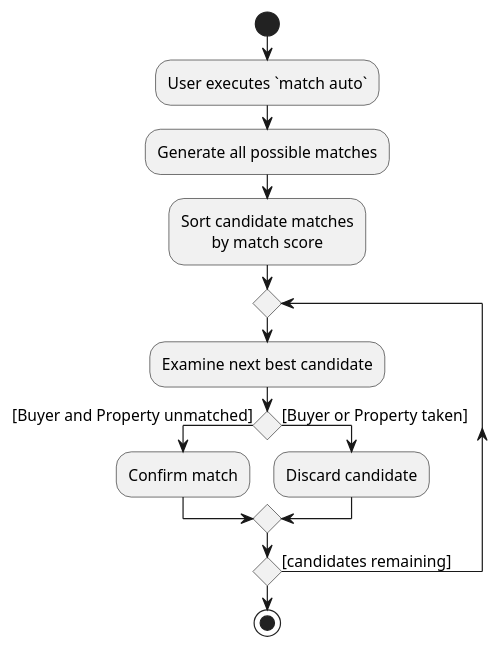
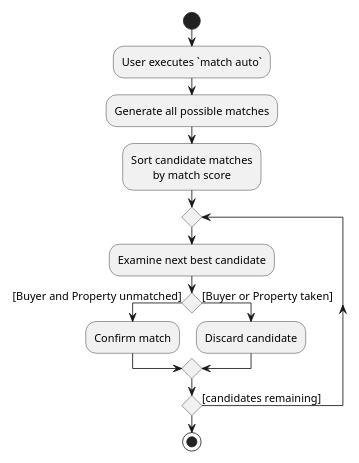
One commit to waynetee/tp changed the diagram in docs/diagrams/MatchAutoActivityDiagram.puml. Above: the diagram before and after it, drawn with PlantUML. The commit also changed 1 other file, not shown here.

```diff
--- a/docs/diagrams/MatchAutoActivityDiagram.puml
+++ b/docs/diagrams/MatchAutoActivityDiagram.puml
@@ -1,19 +1,20 @@
 @startuml
 skinparam defaultTextAlignment center
 skinparam DefaultFontSize 13
+scale 300 width
 
 start
 :User executes `match auto`;
 :Generate all possible matches;
 :Sort candidate matches
 by match score;
 repeat
     :Examine next best candidate;
     if () then ([Buyer and Property unmatched])
         :Confirm match;
     else ([Buyer or Property taken])
         :Discard candidate;
     endif
 repeat while () is ([candidates remaining])
 stop
 @enduml
```
